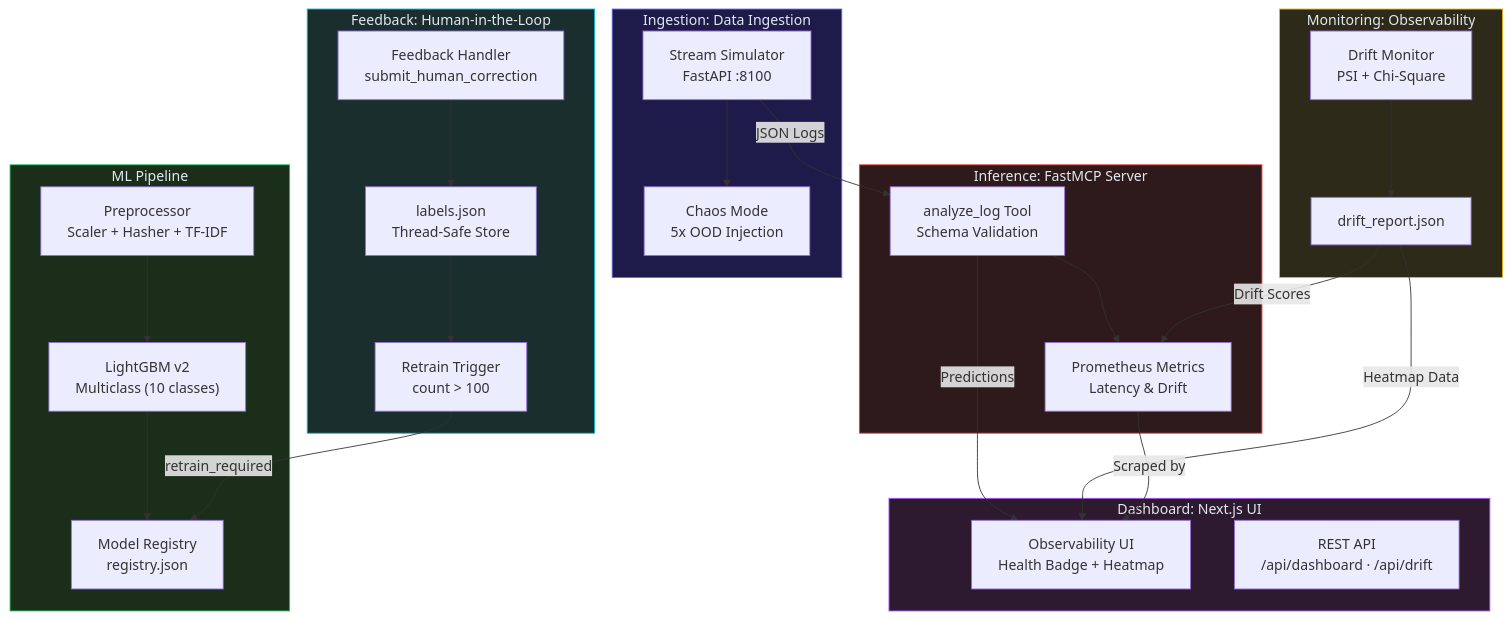
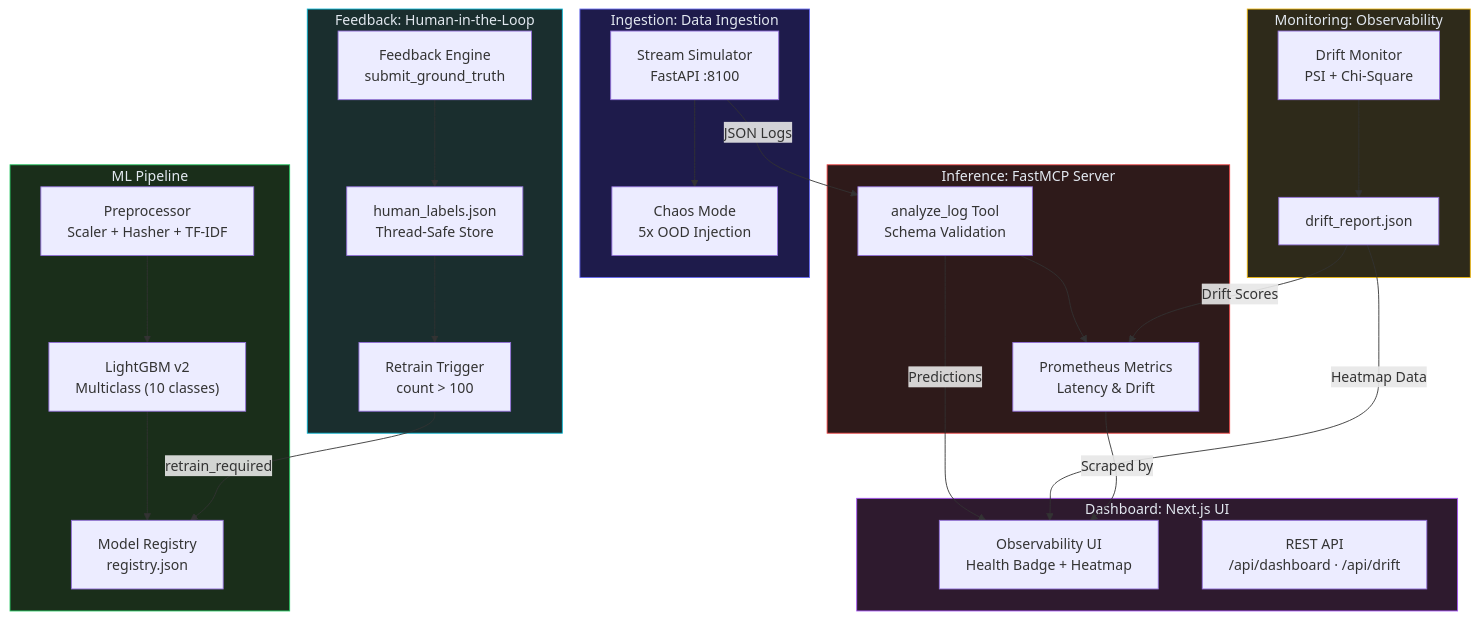
Before and after one commit to Anbu-00001/Sentinel-AIOps: the first of 4 diagrams in SYSTEM_DESIGN.md, drawn with Mermaid. The commit also changed other lines of this file and 10 other files, not shown here.

````diff
--- a/SYSTEM_DESIGN.md
+++ b/SYSTEM_DESIGN.md
@@ -9,53 +9,53 @@
 ```mermaid
 flowchart TB
     subgraph Ingestion ["Ingestion: Data Ingestion"]
         SS["Stream Simulator\nFastAPI :8100"]
         CM["Chaos Mode\n5x OOD Injection"]
         SS --> CM
     end
 
     subgraph MLPipeline ["ML Pipeline"]
         PP["Preprocessor\nScaler + Hasher + TF-IDF"]
         LGBM["LightGBM v2\nMulticlass (10 classes)"]
         REG["Model Registry\nregistry.json"]
         PP --> LGBM --> REG
     end
 
     subgraph Inference ["Inference: FastMCP Server"]
         MCP["analyze_log Tool\nSchema Validation"]
         PROM["Prometheus Metrics\nLatency & Drift"]
         MCP --> PROM
     end
 
     subgraph Monitoring ["Monitoring: Observability"]
         DM["Drift Monitor\nPSI + Chi-Square"]
         DR["drift_report.json"]
         DM --> DR
     end
 
     subgraph Feedback ["Feedback: Human-in-the-Loop"]
-        FH["Feedback Handler\nsubmit_human_correction"]
-        LBL["labels.json\nThread-Safe Store"]
+        FE["Feedback Engine\nsubmit_ground_truth"]
+        LBL["human_labels.json\nThread-Safe Store"]
         RT["Retrain Trigger\ncount > 100"]
-        FH --> LBL --> RT
+        FE --> LBL --> RT
     end
 
     subgraph Dashboard ["Dashboard: Next.js UI"]
         UI["Observability UI\nHealth Badge + Heatmap"]
         API["REST API\n/api/dashboard · /api/drift"]
     end
 
     SS -->|"JSON Logs"| MCP
     MCP -->|"Predictions"| UI
     DR -->|"Drift Scores"| PROM
     DR -->|"Heatmap Data"| UI
     RT -->|"retrain_required"| REG
     PROM -->|"Scraped by"| UI
 
     style Ingestion fill:#1e1b4b,stroke:#6366f1,color:#e2e8f0
     style MLPipeline fill:#1a2e1a,stroke:#22c55e,color:#e2e8f0
     style Inference fill:#2e1a1a,stroke:#ef4444,color:#e2e8f0
     style Monitoring fill:#2e2a1a,stroke:#eab308,color:#e2e8f0
     style Feedback fill:#1a2e2e,stroke:#06b6d4,color:#e2e8f0
     style Dashboard fill:#2e1a2e,stroke:#a855f7,color:#e2e8f0
 ```
````
